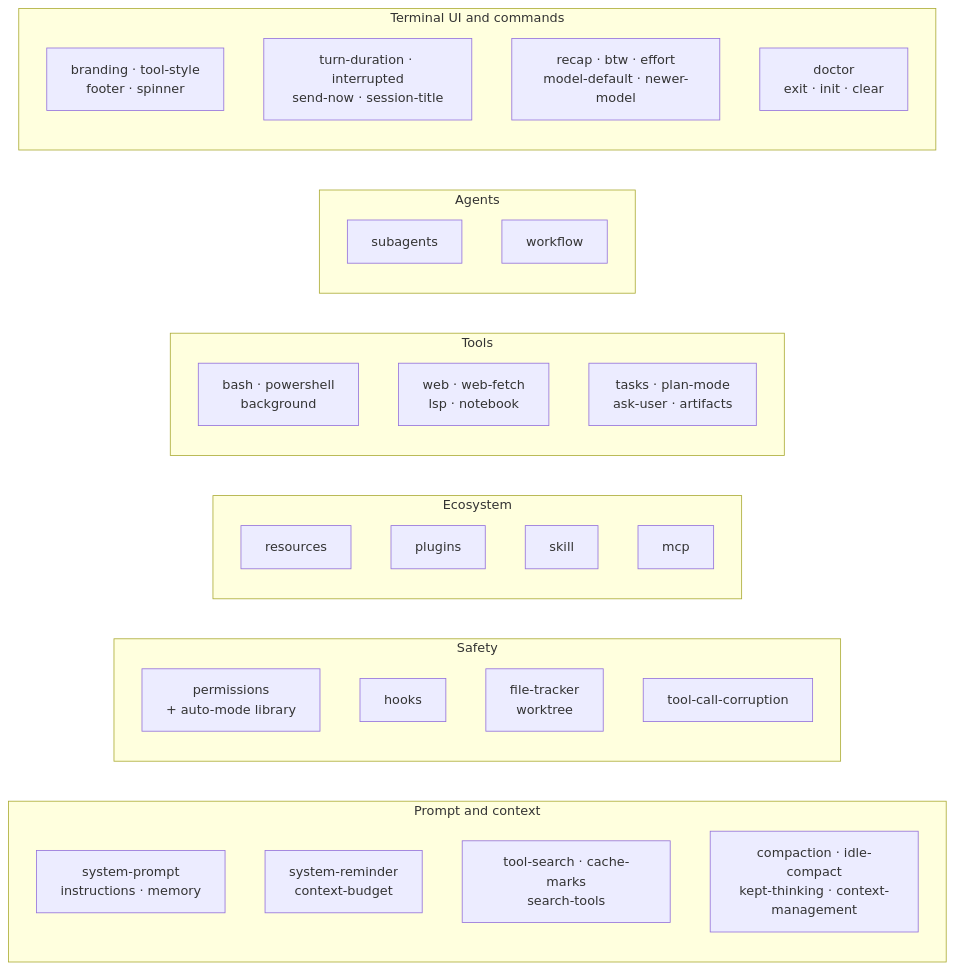
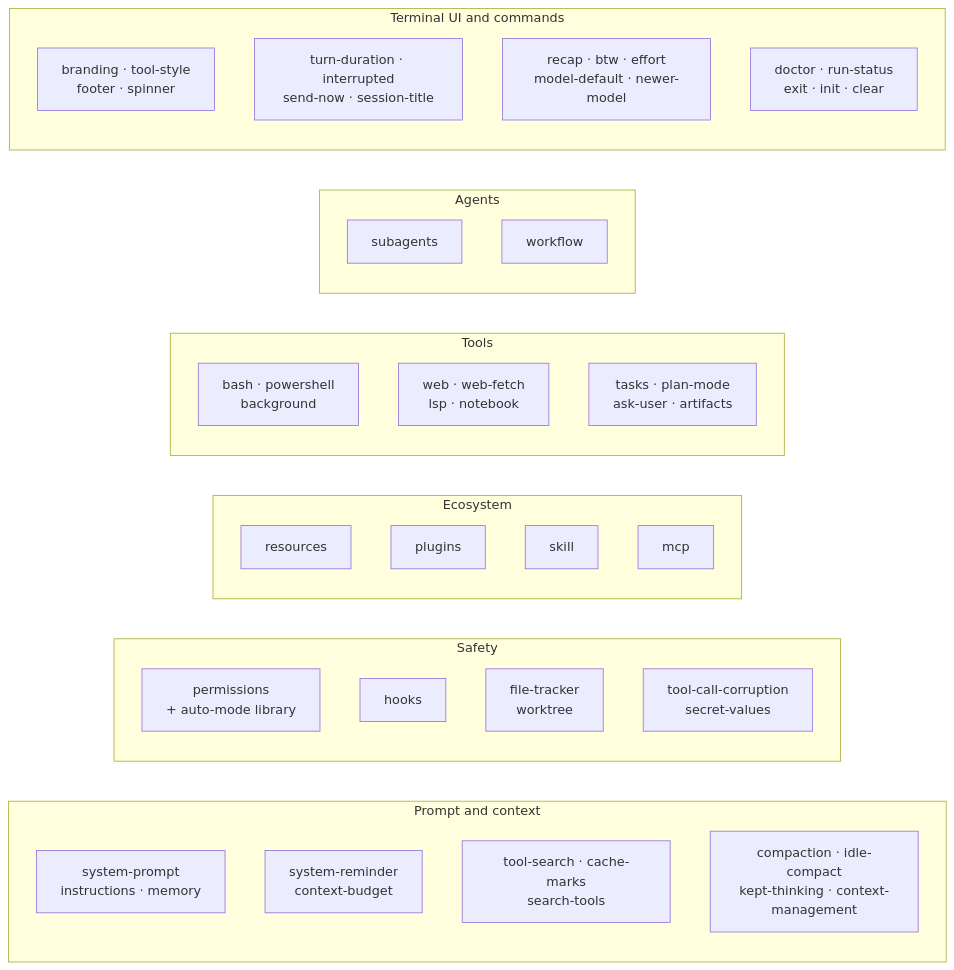
One commit to IsuruMaduranga/one-code changed the second of 7 diagrams in docs/dev/architecture.md. Above: the diagram before and after it, drawn with Mermaid. The commit also changed other lines of this file and 3 other files, not shown here.

First line of the commit message:
Word a required feature's refusal for all of them and list two extensions in the architecture page

````diff
--- a/docs/dev/architecture.md
+++ b/docs/dev/architecture.md
@@ -82,41 +83,41 @@
 ```mermaid
 flowchart LR
     subgraph ctx["Prompt and context"]
         c1["system-prompt<br/>instructions · memory"]
         c2["system-reminder<br/>context-budget"]
         c3["tool-search · cache-marks<br/>search-tools"]
         c4["compaction · idle-compact<br/>kept-thinking · context-management"]
     end
 
     subgraph safety["Safety"]
         s1["permissions<br/>+ auto-mode library"]
         s2["hooks"]
         s3["file-tracker<br/>worktree"]
-        s4["tool-call-corruption"]
+        s4["tool-call-corruption<br/>secret-values"]
     end
 
     subgraph eco["Ecosystem"]
         e1["resources"]
         e2["plugins"]
         e3["skill"]
         e4["mcp"]
     end
 
     subgraph tools["Tools"]
         t1["bash · powershell<br/>background"]
         t2["web · web-fetch<br/>lsp · notebook"]
         t3["tasks · plan-mode<br/>ask-user · artifacts"]
     end
 
     subgraph agents["Agents"]
         g1["subagents"]
         g2["workflow"]
     end
 
     subgraph ui["Terminal UI and commands"]
         u1["branding · tool-style<br/>footer · spinner"]
         u2["turn-duration · interrupted<br/>send-now · session-title"]
         u3["recap · btw · effort<br/>model-default · newer-model"]
-        u4["doctor<br/>exit · init · clear"]
+        u4["doctor · run-status<br/>exit · init · clear"]
     end
 ```
````
